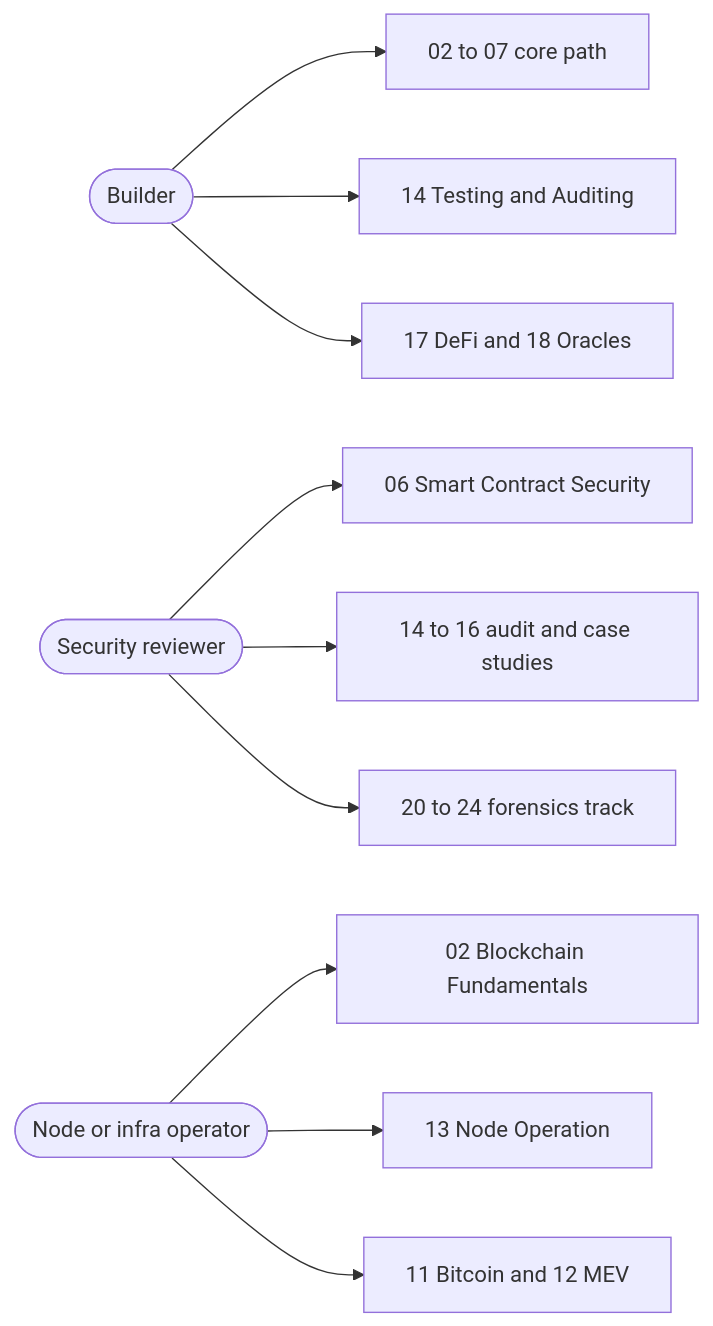
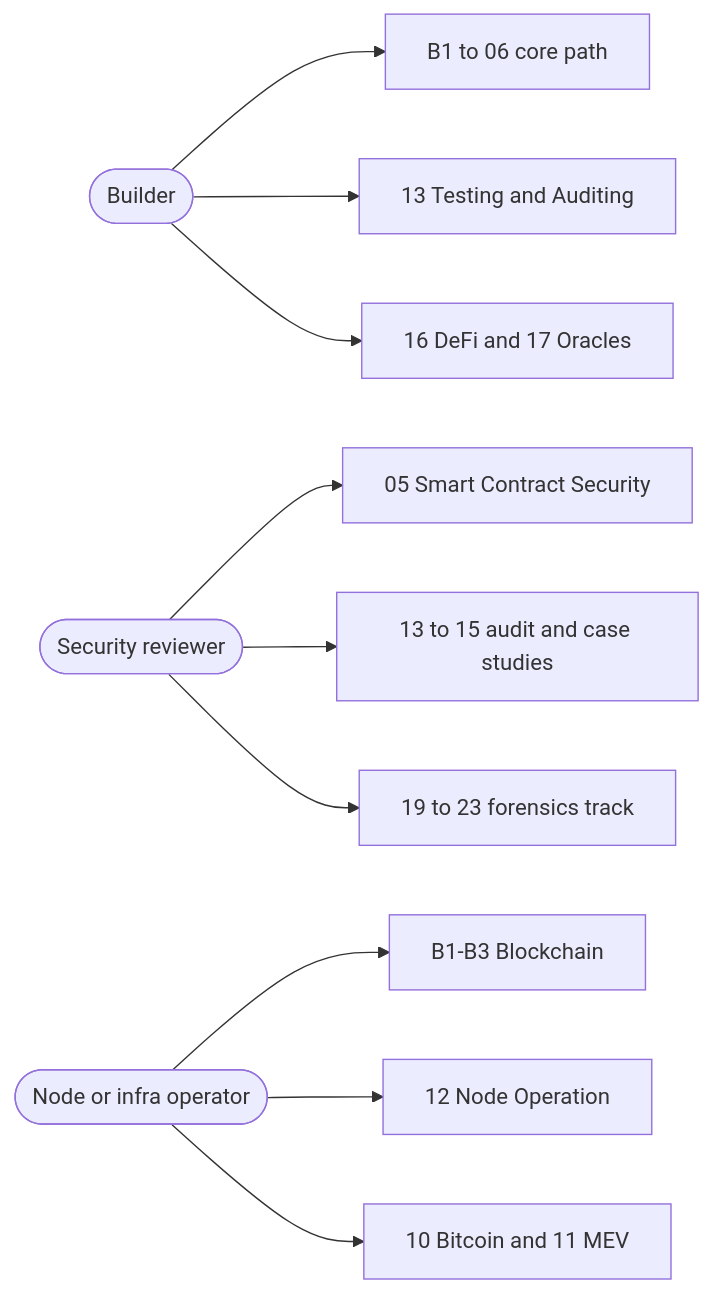
Before and after one commit to sharifndlovu123/knowledge_base_map: the third of 3 diagrams in Collection/13. Web3/1. Web3 Start Here.md, drawn with Mermaid. The commit also changed other lines of this file and 28 other files, not shown here.

````diff
--- a/Collection/13. Web3/1. Web3 Start Here.md
+++ b/Collection/13. Web3/1. Web3 Start Here.md
@@ -79,12 +79,12 @@
 ```mermaid
 flowchart LR
-    B(["Builder"]) --> B1["02 to 07 core path"]
-    B --> B2["14 Testing and Auditing"]
-    B --> B3["17 DeFi and 18 Oracles"]
-    S(["Security reviewer"]) --> S1["06 Smart Contract Security"]
-    S --> S2["14 to 16 audit and case studies"]
-    S --> S3["20 to 24 forensics track"]
-    O(["Node or infra operator"]) --> O1["02 Blockchain Fundamentals"]
-    O --> O2["13 Node Operation"]
-    O --> O3["11 Bitcoin and 12 MEV"]
+    B(["Builder"]) --> B1["B1 to 06 core path"]
+    B --> B2["13 Testing and Auditing"]
+    B --> B3["16 DeFi and 17 Oracles"]
+    S(["Security reviewer"]) --> S1["05 Smart Contract Security"]
+    S --> S2["13 to 15 audit and case studies"]
+    S --> S3["19 to 23 forensics track"]
+    O(["Node or infra operator"]) --> O1["B1-B3 Blockchain"]
+    O --> O2["12 Node Operation"]
+    O --> O3["10 Bitcoin and 11 MEV"]
 ```
````
